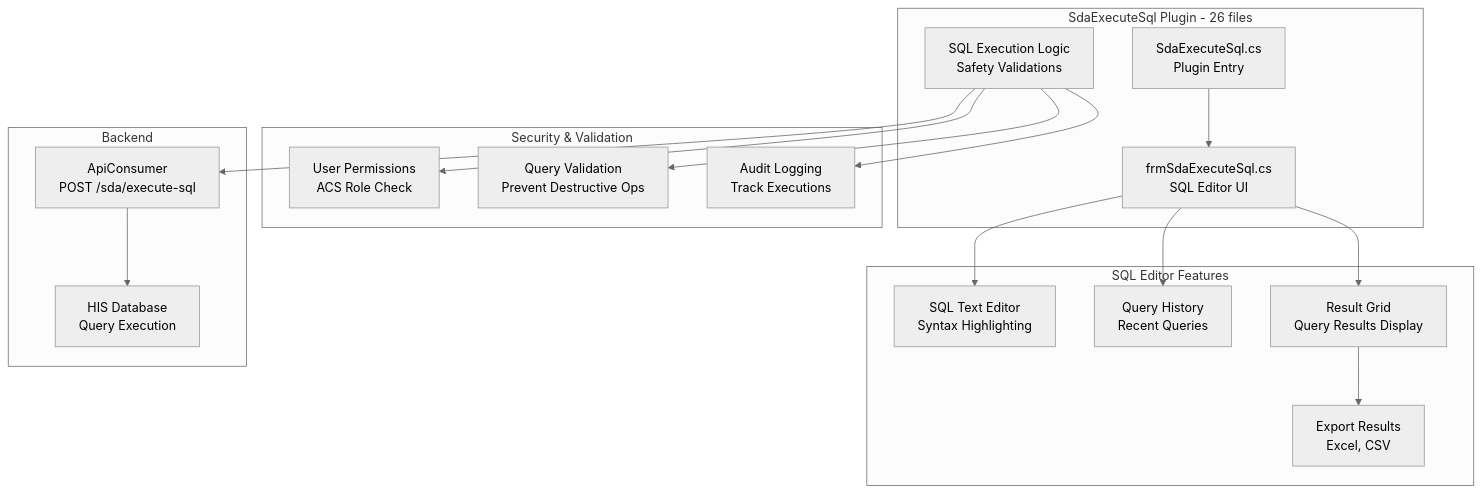
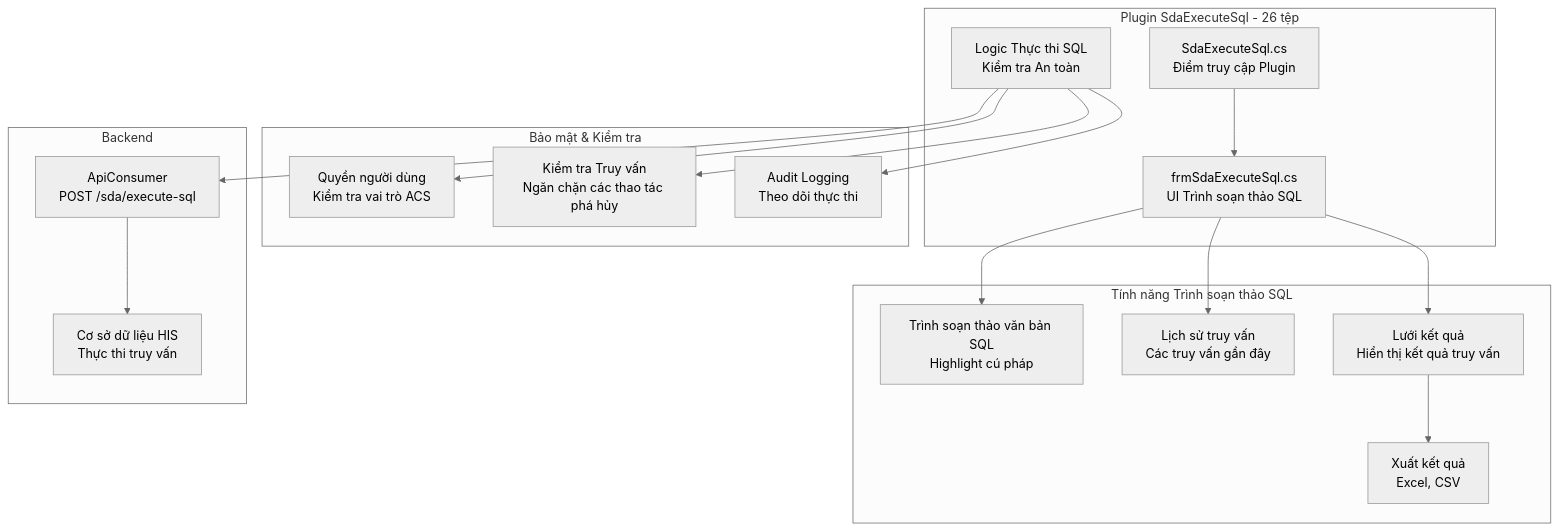
The fourth of 6 diagrams in docs/his-ba-documentation/03-business-domains/administration/system-data.md (thangpnb/HIS), drawn with Mermaid (neutral theme) before and after one commit. The commit also changed other lines of this file and 30 other files, not shown here.

Commit message:
Refactor architecture docs and update translations

````diff
--- a/docs/his-ba-documentation/03-business-domains/administration/system-data.md
+++ b/docs/his-ba-documentation/03-business-domains/administration/system-data.md
@@ -253,39 +253,39 @@
 ```mermaid
 graph TB
-    subgraph "SdaExecuteSql Plugin - 26 files"
-        SqlEntry["SdaExecuteSql.cs<br/>Plugin Entry"]
-        SqlForm["frmSdaExecuteSql.cs<br/>SQL Editor UI"]
-        SqlProcessor["SQL Execution Logic<br/>Safety Validations"]
+    subgraph "Plugin SdaExecuteSql - 26 tệp"
+        SqlEntry["SdaExecuteSql.cs<br/>Điểm truy cập Plugin"]
+        SqlForm["frmSdaExecuteSql.cs<br/>UI Trình soạn thảo SQL"]
+        SqlProcessor["Logic Thực thi SQL<br/>Kiểm tra An toàn"]
     end
     
-    subgraph "SQL Editor Features"
-        Editor["SQL Text Editor<br/>Syntax Highlighting"]
-        History["Query History<br/>Recent Queries"]
-        Results["Result Grid<br/>Query Results Display"]
-        Export["Export Results<br/>Excel, CSV"]
+    subgraph "Tính năng Trình soạn thảo SQL"
+        Editor["Trình soạn thảo văn bản SQL<br/>Highlight cú pháp"]
+        History["Lịch sử truy vấn<br/>Các truy vấn gần đây"]
+        Results["Lưới kết quả<br/>Hiển thị kết quả truy vấn"]
+        Export["Xuất kết quả<br/>Excel, CSV"]
     end
     
-    subgraph "Security & Validation"
-        Permissions["User Permissions<br/>ACS Role Check"]
-        QueryValidation["Query Validation<br/>Prevent Destructive Ops"]
-        AuditLog["Audit Logging<br/>Track Executions"]
+    subgraph "Bảo mật & Kiểm tra"
+        Permissions["Quyền người dùng<br/>Kiểm tra vai trò ACS"]
+        QueryValidation["Kiểm tra Truy vấn<br/>Ngăn chặn các thao tác phá hủy"]
+        AuditLog["Audit Logging<br/>Theo dõi thực thi"]
     end
     
     subgraph "Backend"
         API["ApiConsumer<br/>POST /sda/execute-sql"]
-        Database["HIS Database<br/>Query Execution"]
+        Database["Cơ sở dữ liệu HIS<br/>Thực thi truy vấn"]
     end
     
     SqlEntry --> SqlForm
     SqlForm --> Editor
     SqlForm --> History
     SqlForm --> Results
     Results --> Export
     
     SqlProcessor --> Permissions
     SqlProcessor --> QueryValidation
     SqlProcessor --> AuditLog
     
     SqlProcessor --> API
     API --> Database
 ```
````
